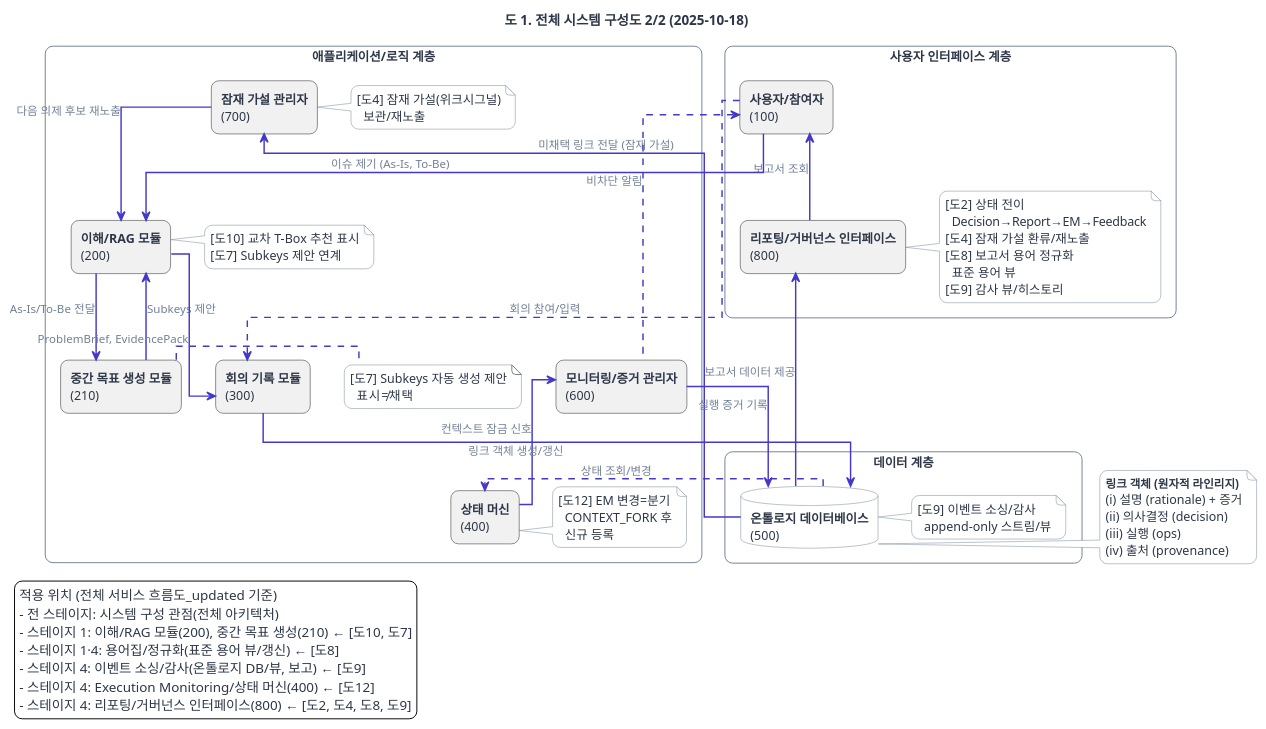
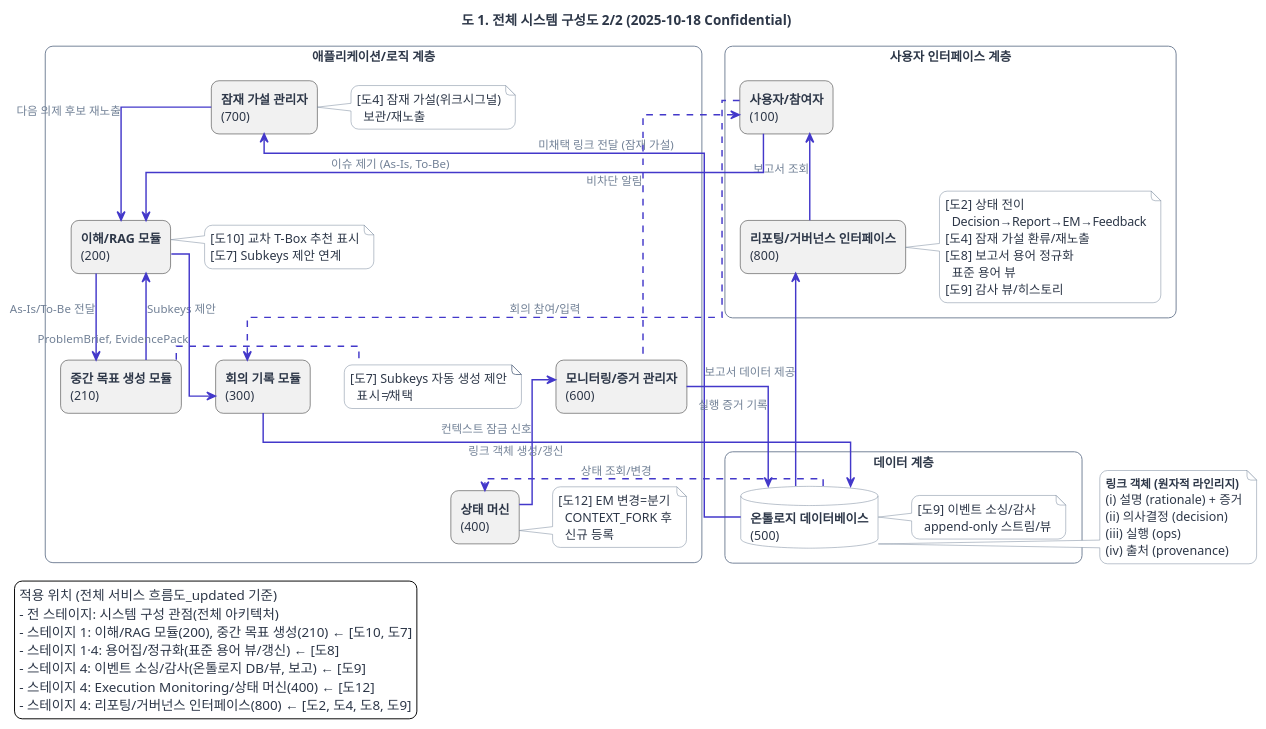
Before and after one commit to hamnYK/worflogyTemp: the diagram in diagrams/2_system_architecture_p2.puml, drawn with PlantUML. The commit also changed 13 other files, not shown here.

```diff
--- a/diagrams/2_system_architecture_p2.puml
+++ b/diagrams/2_system_architecture_p2.puml
@@ -1,196 +1,193 @@
 @startuml
 
-' Set the main direction to vertical
-top to bottom direction
-
-title 도 1. 전체 시스템 구성도 2/2 (2025-10-18)
+title 도 1. 전체 시스템 구성도 2/2 (2025-10-18 Confidential)
 
 '================================================================
 ' Worflogy.com Website Theme for PlantUML
 '================================================================
 
 '// 1. 전역 스타일 (Global Style & Fonts) //
 skinparam backgroundColor #ffffff
 skinparam defaultFontName "Pretendard"
 skinparam defaultFontSize 13
 skinparam defaultFontColor #2D3748
 skinparam shadowing false
 skinparam roundCorner 16
 
 '// 2. 화살표 및 연결선 스타일 (Arrow & Connector Style) //
 skinparam ArrowColor #718096
 skinparam ArrowThickness 1.5
 skinparam ArrowFontColor #718096
 skinparam ArrowFontSize 12
 skinparam linetype ortho
 
 '// 3. 기본 요소 스타일 (Standard Elements Style) //
 skinparam card {
   BackgroundColor #ffffff
   BorderColor #718096
 }
 skinparam note {
   BackgroundColor #ffffff
   BorderColor #718096
   FontColor #2D3748
 }
 skinparam component {
   BackgroundColor #ffffff
   BorderColor #718096
 }
 skinparam package {
   BackgroundColor #ffffff
   BorderColor #718096
 }
 skinparam database {
   BackgroundColor #ffffff
   BorderColor #718096
 }
 ' [추가] 파티션(Partition) 스타일 정의
 skinparam partition {
   BackgroundColor #F4F6F8 ' 웹사이트의 연한 배경색으로 구분감 부여
   BorderColor #718096
   FontColor #2D3748
 }
 
 '// 4. 강조 요소 스타일 (Accent Elements Style) //
 skinparam actor {
   BackgroundColor #4338CA
   BorderColor #4338CA
   FontColor #ffffff
 }
 skinparam participant {
   BackgroundColor #4338CA
   BorderColor #4338CA
   FontColor #ffffff
 }
 skinparam usecase {
   BackgroundColor #ffffff
   BorderColor #4338CA
   ArrowColor #4338CA
 }
 skinparam activity {
   BackgroundColor #ffffff
   BorderColor #4338CA
   FontColor #2D3748
 }
 
 '// 5. 클래스 다이어그램 스타일 (Class Diagram Style) //
 skinparam class {
   BackgroundColor #ffffff
   BorderColor #718096 ' [수정] 테두리 색상 변경
   HeaderBackgroundColor #4338CA
   FontColor #ffffff
   AttributeFontColor #2D3748
   AttributeFontSize 12
 }
 
 '================================================================
 
 ' Layout & Components
 rectangle "사용자 인터페이스 계층" {
   rectangle "<b>사용자/참여자</b>\n(100)" as User
   rectangle "<b>리포팅/거버넌스 인터페이스</b>\n(800)" as RPT
 note right of RPT
 [도2] 상태 전이
   Decision→Report→EM→Feedback
 [도4] 잠재 가설 환류/재노출
 [도8] 보고서 용어 정규화
   표준 용어 뷰
 [도9] 감사 뷰/히스토리
 end note
 
   User -[hidden]right- RPT
 }
 
 rectangle "애플리케이션/로직 계층" {
   rectangle "<b>잠재 가설 관리자</b>\n(700)" as WS
 note right of WS
 [도4] 잠재 가설(위크시그널)
   보관/재노출
 end note
 
   rectangle "<b>이해/RAG 모듈</b>\n(200)" as RAG
 note right of RAG
 [도10] 교차 T-Box 추천 표시
 [도7] Subkeys 제안 연계
 end note
 
   rectangle "<b>중간 목표 생성 모듈</b>\n(210)" as SubkeyGen
 note right of SubkeyGen
 [도7] Subkeys 자동 생성 제안
   표시≠채택
 end note
 
   rectangle "<b>회의 기록 모듈</b>\n(300)" as MTG
   rectangle "<b>상태 머신</b>\n(400)" as SM
 note right of SM
 [도12] EM 변경=분기
   CONTEXT_FORK 후
   신규 등록
 end note
 
   rectangle "<b>모니터링/증거 관리자</b>\n(600)" as MON
 
 ' Use hidden links to create a grid layout
   WS -[hidden]right- RAG
   RAG -[hidden]right- SubkeyGen
   MTG -[hidden]right- MON
   MON -[hidden]right- SM
   WS -[hidden]down- MTG
 }
 
 rectangle "데이터 계층" {
   database "<b>온톨로지 데이터베이스</b>\n(500)" as DB
 note right of DB
 [도9] 이벤트 소싱/감사
   append-only 스트림/뷰
 end note
 }
 
 ' Data Flow (Manually re-routed for clarity)
 '--- Primary Input & Creation Flow ---
 User -down-> RAG: 이슈 제기 (As-Is, To-Be)
 RAG -right-> SubkeyGen: As-Is/To-Be 전달
 SubkeyGen -down-> RAG: Subkeys 제안
 RAG -down-> MTG: ProblemBrief, EvidencePack
 User -[dashed]down-> MTG: 회의 참여/입력
 MTG -down-> DB: 링크 객체 생성/갱신
 
 '--- Feedback Loop (Left side) ---
 DB -left-> WS: 미채택 링크 전달 (잠재 가설)
 WS -down-> RAG: 다음 의제 후보 재노출
 
 '--- Reporting Loop (Far Left side) ---
 DB -left-> RPT: 보고서 데이터 제공
 RPT -up-> User: 보고서 조회
 
 '--- Governance & Monitoring Loop (Right side) ---
 DB -[dashed]right-> SM: 상태 조회/변경
 SM -down-> MON: 컨텍스트 잠금 신호
 MON -down-> DB: 실행 증거 기록
 
 '--- Notification (Routed cleanly) ---
 MON -[dashed]up-> User: 비차단 알림
 
 note as N1
   <b><size:12>링크 객체 (원자적 라인리지)</size></b>
   (i) 설명 (rationale) + 증거
   (ii) 의사결정 (decision)
   (iii) 실행 (ops)
   (iv) 출처 (provenance)
 endnote
 
 DB -[hidden]right- N1
 
 legend left
 적용 위치 (전체 서비스 흐름도_updated 기준)
 - 전 스테이지: 시스템 구성 관점(전체 아키텍처)
 - 스테이지 1: 이해/RAG 모듈(200), 중간 목표 생성(210) ← [도10, 도7]
 - 스테이지 1·4: 용어집/정규화(표준 용어 뷰/갱신) ← [도8]
 - 스테이지 4: 이벤트 소싱/감사(온톨로지 DB/뷰, 보고) ← [도9]
 - 스테이지 4: Execution Monitoring/상태 머신(400) ← [도12]
 - 스테이지 4: 리포팅/거버넌스 인터페이스(800) ← [도2, 도4, 도8, 도9]
 end legend
 
 @enduml
```
